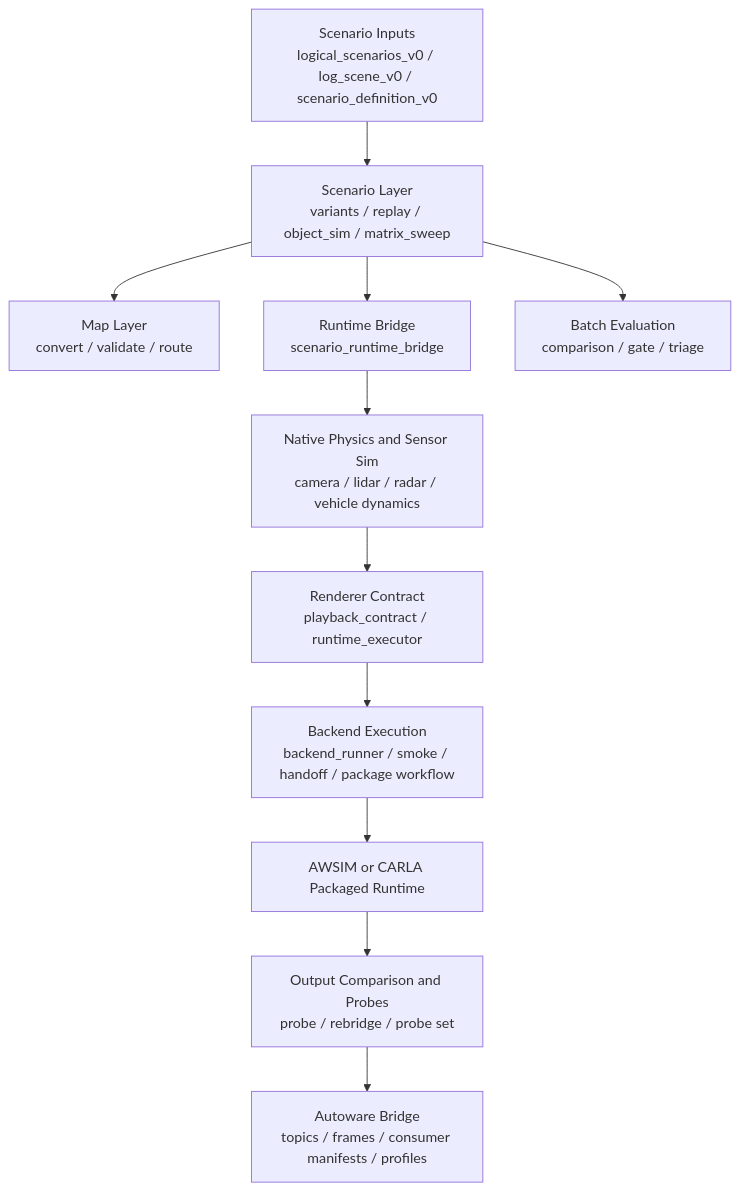
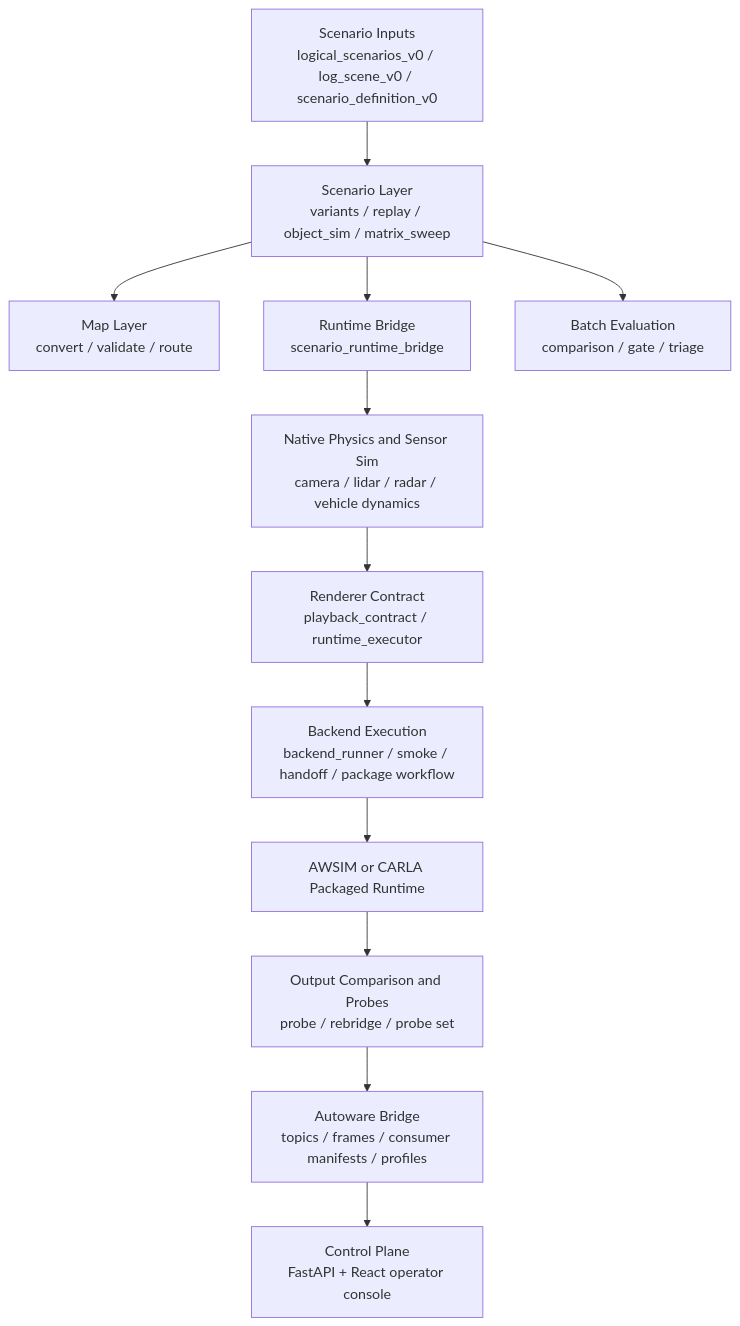
One commit to SeongcheolJeong/hybrid-sensor-sim changed the first of 4 diagrams in docs/architecture_guide.md. Above: the diagram before and after it, drawn with Mermaid. The commit also changed other lines of this file and 54 other files, not shown here.

Commit message:
Publish control plane backend and operator console

````diff
--- a/docs/architecture_guide.md
+++ b/docs/architecture_guide.md
@@ -42,13 +47,14 @@
 ```mermaid
 flowchart TD
     A["Scenario Inputs<br/>logical_scenarios_v0 / log_scene_v0 / scenario_definition_v0"] --> B["Scenario Layer<br/>variants / replay / object_sim / matrix_sweep"]
     B --> C["Map Layer<br/>convert / validate / route"]
     B --> D["Runtime Bridge<br/>scenario_runtime_bridge"]
     B --> E["Batch Evaluation<br/>comparison / gate / triage"]
     D --> F["Native Physics and Sensor Sim<br/>camera / lidar / radar / vehicle dynamics"]
     F --> G["Renderer Contract<br/>playback_contract / runtime_executor"]
     G --> H["Backend Execution<br/>backend_runner / smoke / handoff / package workflow"]
     H --> I["AWSIM or CARLA Packaged Runtime"]
     I --> J["Output Comparison and Probes<br/>probe / rebridge / probe set"]
     J --> K["Autoware Bridge<br/>topics / frames / consumer manifests / profiles"]
+    K --> L["Control Plane<br/>FastAPI + React operator console"]
 ```
````
